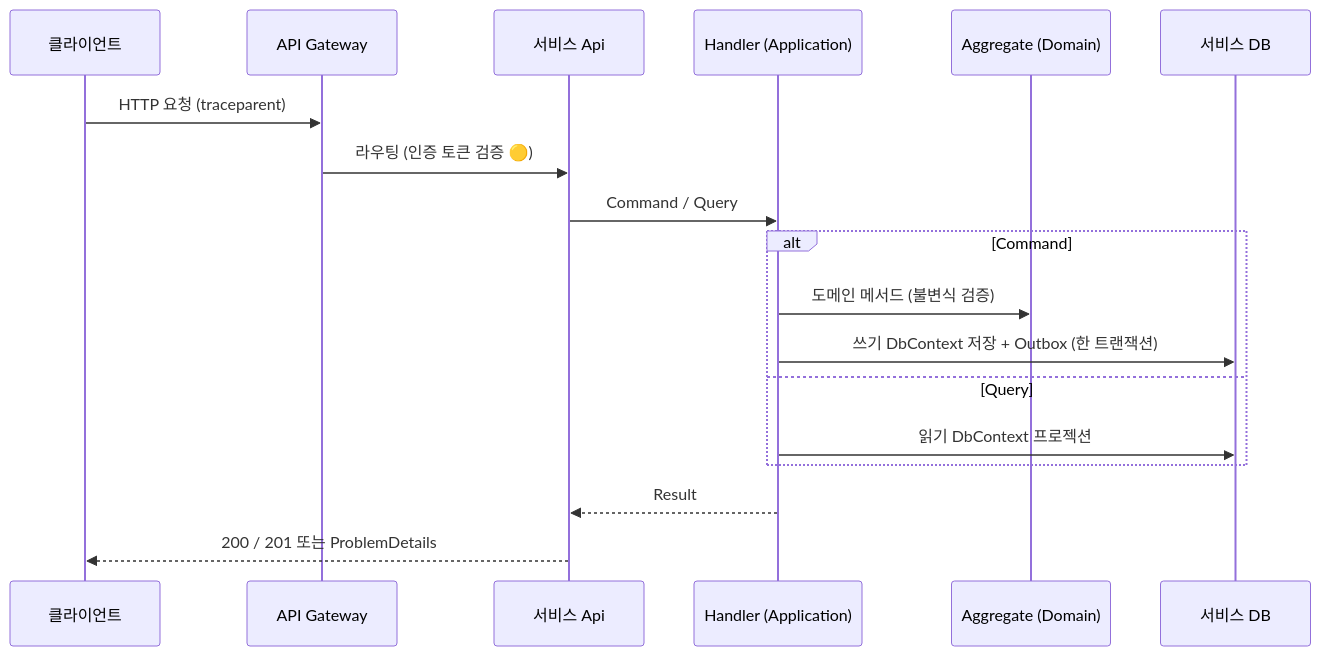
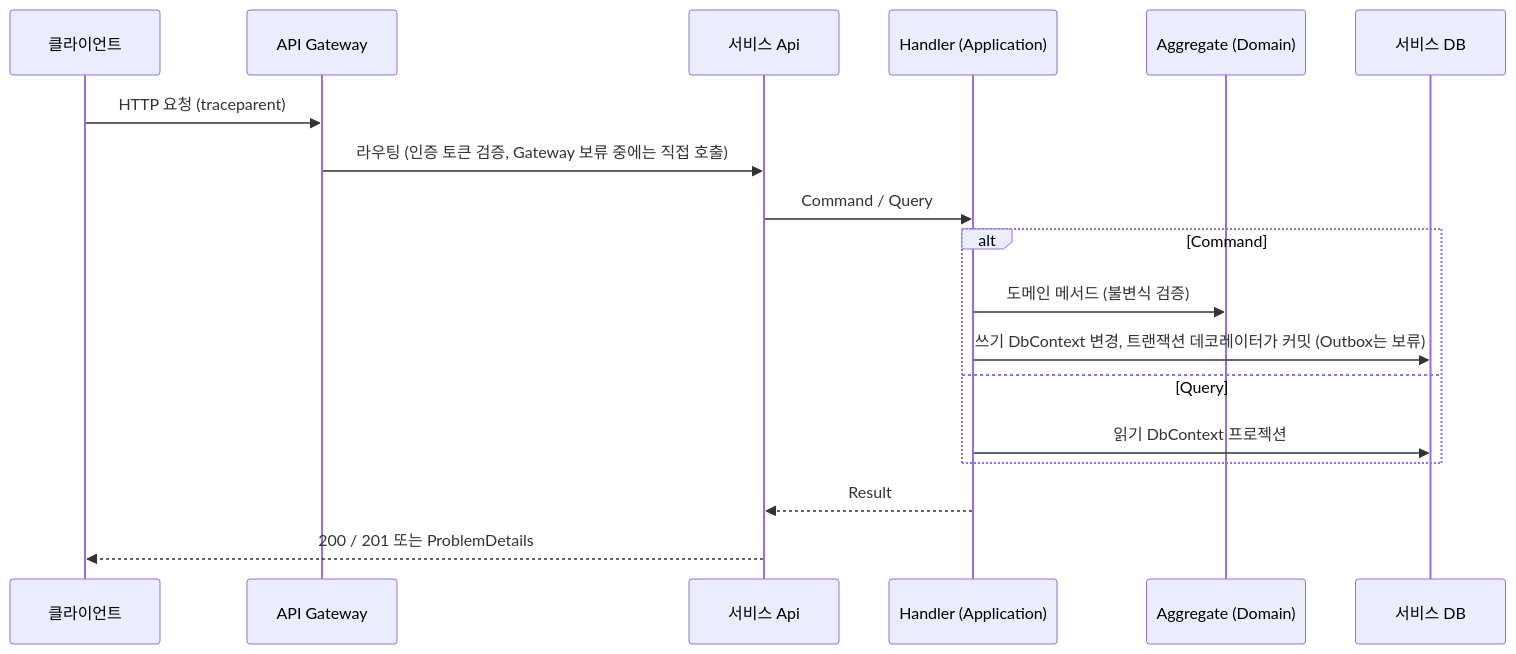
The third of 4 diagrams in wiki/03-architecture/architecture-overview.md (thkim-ezabele/task_20260926), drawn with Mermaid before and after one commit. The commit also changed other lines of this file and 9 other files, not shown here.

First line of the commit message:
docs(architecture): 저장소 구조 실경로화, 의존성 규칙 표 · 아키텍처 테스트 규칙 1:1, 커버리지 대상 6개, 보류 항목 ADR-0023 링크 (S04-T02)

````diff
--- a/wiki/03-architecture/architecture-overview.md
+++ b/wiki/03-architecture/architecture-overview.md
@@ -89,21 +89,21 @@
 ```mermaid
 sequenceDiagram
     participant C as 클라이언트
     participant G as API Gateway
     participant A as 서비스 Api
     participant H as Handler (Application)
     participant D as Aggregate (Domain)
     participant DB as 서비스 DB
 
     C->>G: HTTP 요청 (traceparent)
-    G->>A: 라우팅 (인증 토큰 검증 🟡)
+    G->>A: 라우팅 (인증 토큰 검증, Gateway 보류 중에는 직접 호출)
     A->>H: Command / Query
     alt Command
         H->>D: 도메인 메서드 (불변식 검증)
-        H->>DB: 쓰기 DbContext 저장 + Outbox (한 트랜잭션)
+        H->>DB: 쓰기 DbContext 변경, 트랜잭션 데코레이터가 커밋 (Outbox는 보류)
     else Query
         H->>DB: 읽기 DbContext 프로젝션
     end
     H-->>A: Result
     A-->>C: 200 / 201 또는 ProblemDetails
 ```
````
